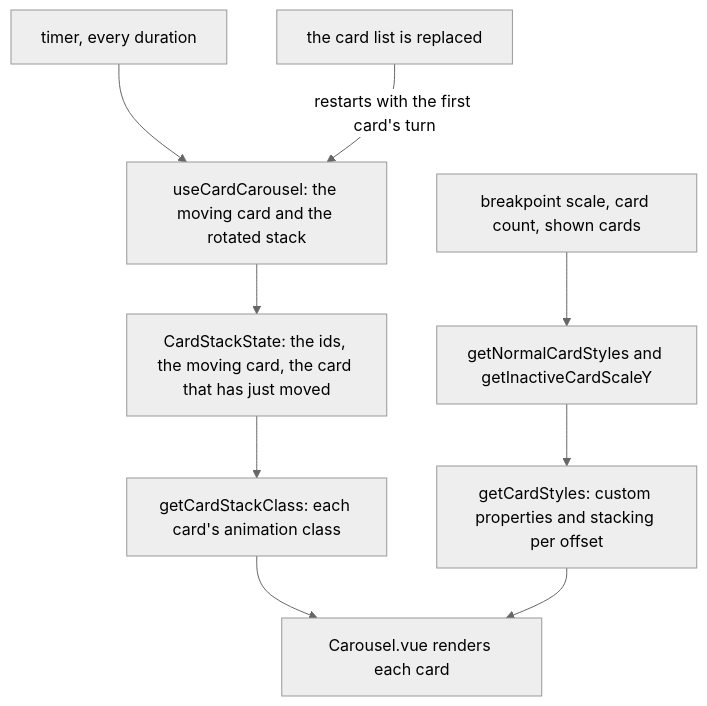
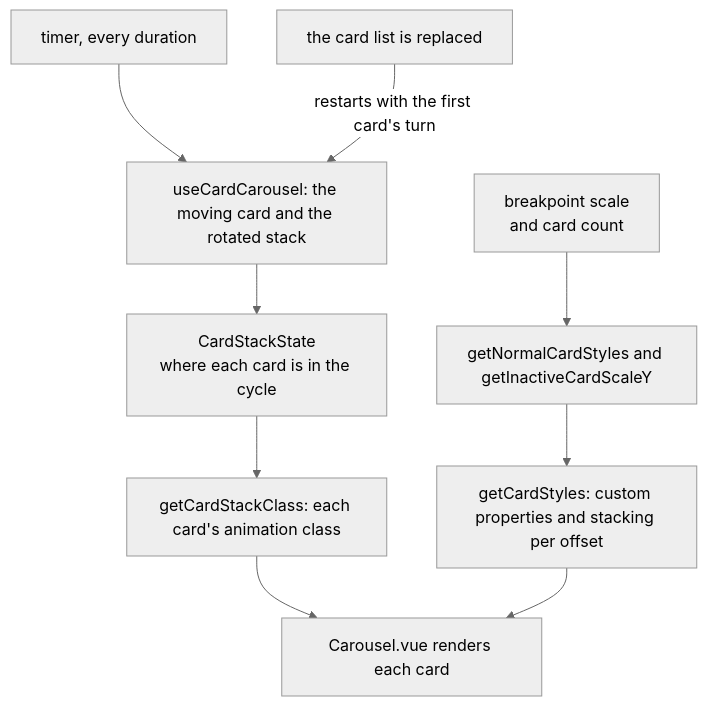
One commit to Esposter/Esposter changed the diagram in openspec/specs/architecture/visual-card-carousel/design.md. Above: the diagram before and after it, drawn with Mermaid (neutral theme). The commit also changed 4 other files, not shown here.

````diff
--- a/openspec/specs/architecture/visual-card-carousel/design.md
+++ b/openspec/specs/architecture/visual-card-carousel/design.md
@@ -11,11 +11,11 @@
 ```mermaid
 flowchart TD
   timer["timer, every duration"] --> cycle["useCardCarousel: the moving card and the rotated stack"]
   replaced["the card list is replaced"] -->|"restarts with the first card's turn"| cycle
-  cycle --> state["CardStackState: the ids, the moving card, the card that has just moved"]
+  cycle --> state["CardStackState<br/>where each card is in the cycle"]
   state --> classes["getCardStackClass: each card's animation class"]
-  breakpoint["breakpoint scale, card count, shown cards"] --> geometry["getNormalCardStyles and getInactiveCardScaleY"]
+  breakpoint["breakpoint scale<br/>and card count"] --> geometry["getNormalCardStyles and getInactiveCardScaleY"]
   geometry --> styles["getCardStyles: custom properties and stacking per offset"]
   classes --> rendered["Carousel.vue renders each card"]
   styles --> rendered
 ```
````
